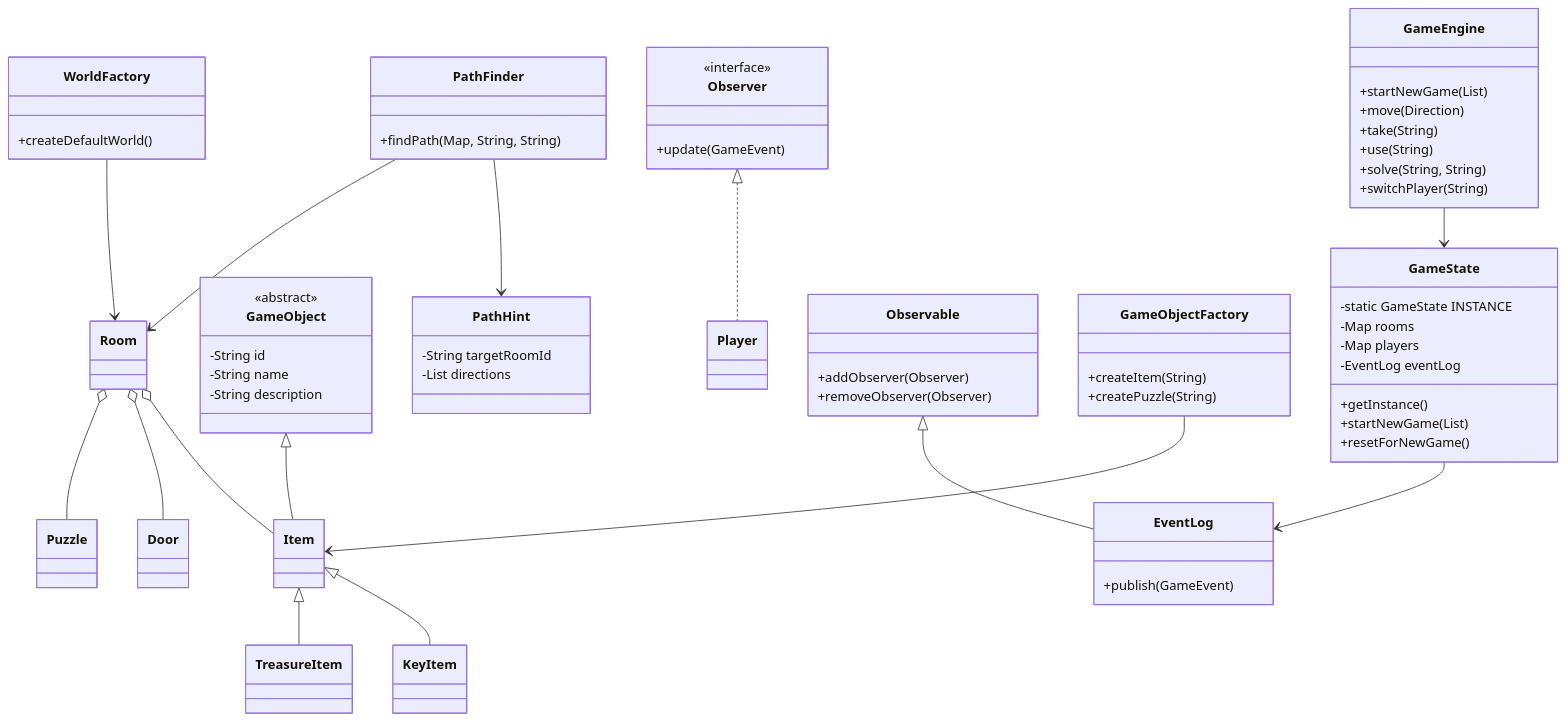
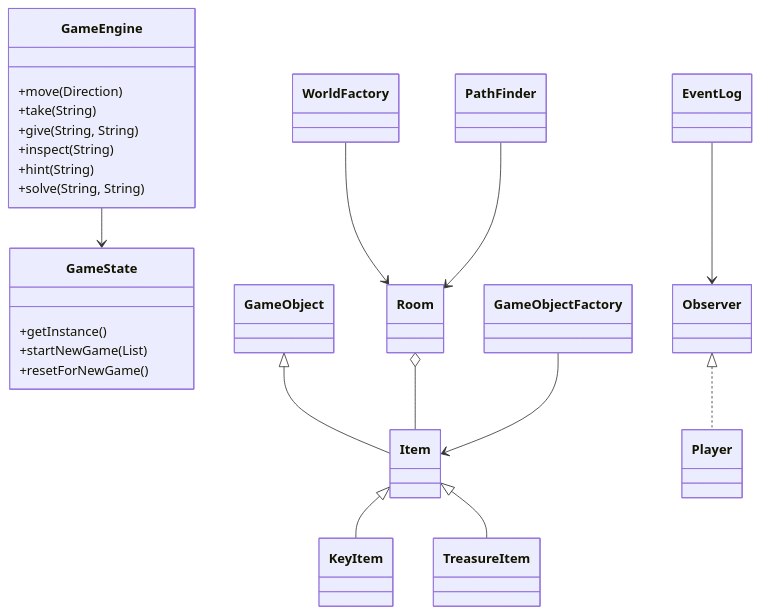
The second of 2 diagrams in README.md (66680/CS1OPNU-CW1), drawn with Mermaid before and after one commit. The commit also changed other lines of this file and 15 other files, not shown here.

````diff
--- a/README.md
+++ b/README.md
@@ -82,76 +56,38 @@
 ```mermaid
 classDiagram
     class GameState {
-        -static GameState INSTANCE
-        -Map rooms
-        -Map players
-        -EventLog eventLog
         +getInstance()
         +startNewGame(List)
         +resetForNewGame()
     }
-
     class GameEngine {
-        +startNewGame(List)
         +move(Direction)
         +take(String)
-        +use(String)
+        +give(String, String)
+        +inspect(String)
+        +hint(String)
         +solve(String, String)
-        +switchPlayer(String)
     }
-
-    class GameObject {
-        <<abstract>>
-        -String id
-        -String name
-        -String description
-    }
-
+    class GameObject
     class Item
     class KeyItem
     class TreasureItem
     class Room
-    class Door
-    class Puzzle
     class Player
-    class Observer {
-        <<interface>>
-        +update(GameEvent)
-    }
-    class Observable {
-        +addObserver(Observer)
-        +removeObserver(Observer)
-    }
-    class EventLog {
-        +publish(GameEvent)
-    }
-    class GameObjectFactory {
-        +createItem(String)
-        +createPuzzle(String)
-    }
-    class WorldFactory {
-        +createDefaultWorld()
-    }
-    class PathFinder {
-        +findPath(Map, String, String)
-    }
-    class PathHint {
-        -String targetRoomId
-        -List directions
-    }
+    class Observer
+    class EventLog
+    class GameObjectFactory
+    class WorldFactory
+    class PathFinder
 
     GameObject <|-- Item
     Item <|-- KeyItem
     Item <|-- TreasureItem
     Observer <|.. Player
-    Observable <|-- EventLog
+    EventLog --> Observer
     GameEngine --> GameState
-    GameState --> EventLog
     Room o-- Item
-    Room o-- Door
-    Room o-- Puzzle
     WorldFactory --> Room
     GameObjectFactory --> Item
-    PathFinder --> PathHint
     PathFinder --> Room
 ```
````
